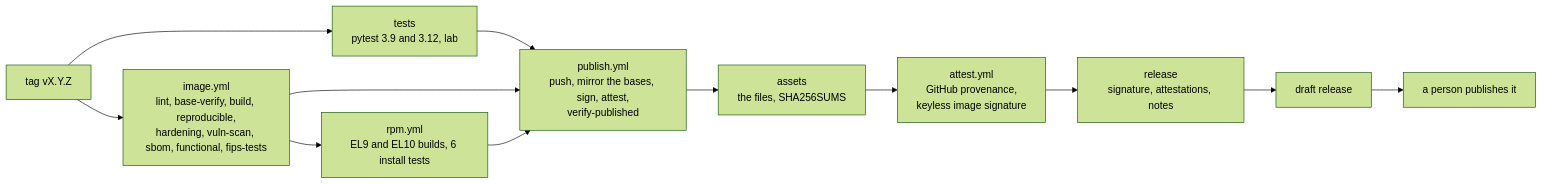
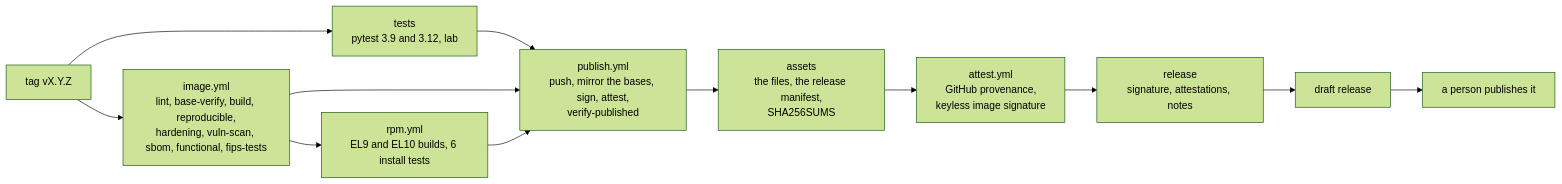
One commit to JoeHazurmoney/architecture-wiredata-to-log changed the diagram in docs/releasing.md. Above: the diagram before and after it, drawn with Mermaid (forest theme). The commit also changed other lines of this file and 14 other files, not shown here.

First line of the commit message:
feat(release): release manifest (#71)

````diff
--- a/docs/releasing.md
+++ b/docs/releasing.md
@@ -16,14 +16,14 @@
 ```mermaid
 flowchart LR
   tag["tag vX.Y.Z"] --> tests["tests<br/>pytest 3.9 and 3.12, lab"]
   tag --> image["image.yml<br/>lint, base-verify, build, reproducible,<br/>hardening, vuln-scan, sbom, functional, fips-tests"]
   image --> rpm["rpm.yml<br/>EL9 and EL10 builds, 6 install tests"]
   tests --> publish["publish.yml<br/>push, mirror the bases, sign, attest,<br/>verify-published"]
   image --> publish
   rpm --> publish
-  publish --> assets["assets<br/>the files, SHA256SUMS"]
+  publish --> assets["assets<br/>the files, the release manifest,<br/>SHA256SUMS"]
   assets --> attest["attest.yml<br/>GitHub provenance,<br/>keyless image signature"]
   attest --> release["release<br/>signature, attestations, notes"]
   release --> draft["draft release"]
   draft --> person["a person publishes it"]
 ```
````
